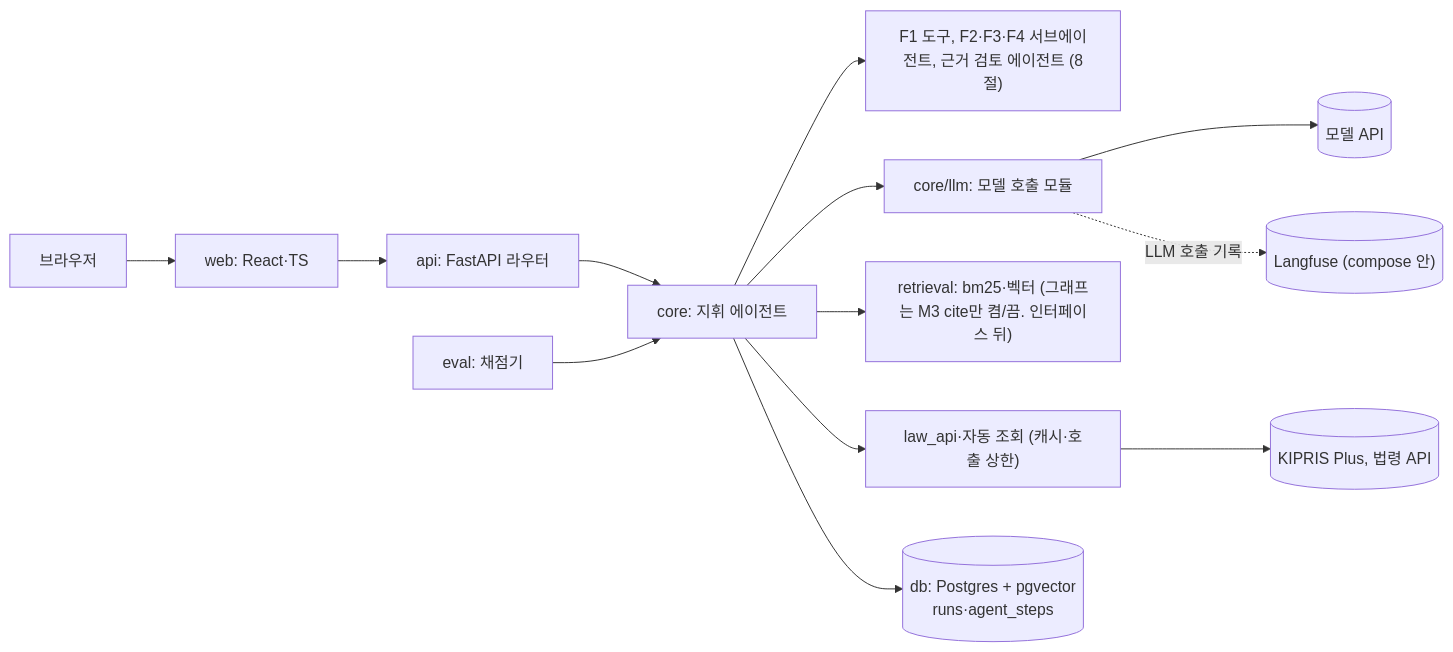
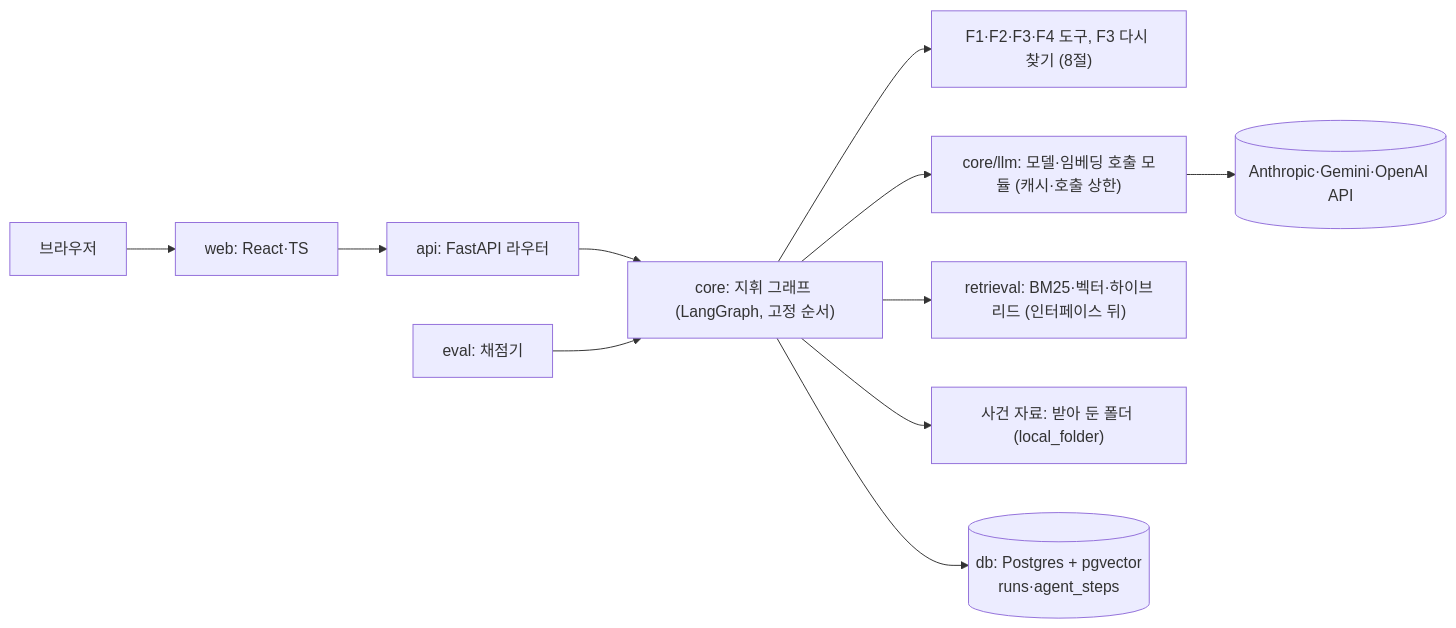
One commit to merge-mates/patent-ai-workspace changed the first of 2 diagrams in docs/architecture.md. Above: the diagram before and after it, drawn with Mermaid. The commit also changed other lines of this file and 1 other file, not shown here.

````diff
--- a/docs/architecture.md
+++ b/docs/architecture.md
@@ -6,13 +6,12 @@
 ```mermaid
 flowchart LR
   B[브라우저] --> W["web: React·TS"]
   W --> A["api: FastAPI 라우터"]
-  A --> O["core: 지휘 에이전트"]
-  O --> S["F1 도구, F2·F3·F4 서브에이전트, 근거 검토 에이전트 (8절)"]
-  O --> L["core/llm: 모델 호출 모듈"] --> M[(모델 API)]
-  O --> R["retrieval: bm25·벡터 (그래프는 M3 cite만 켬/끔. 인터페이스 뒤)"]
-  O --> X["law_api·자동 조회 (캐시·호출 상한)"] --> K[(KIPRIS Plus, 법령 API)]
+  A --> O["core: 지휘 그래프 (LangGraph, 고정 순서)"]
+  O --> S["F1·F2·F3·F4 도구, F3 다시 찾기 (8절)"]
+  O --> L["core/llm: 모델·임베딩 호출 모듈 (캐시·호출 상한)"] --> M[(Anthropic·Gemini·OpenAI API)]
+  O --> R["retrieval: BM25·벡터·하이브리드 (인터페이스 뒤)"]
+  O --> X["사건 자료: 받아 둔 폴더 (local_folder)"]
   O --> D[("db: Postgres + pgvector<br/>runs·agent_steps")]
-  L -.LLM 호출 기록.-> LF[("Langfuse (compose 안)")]
   E["eval: 채점기"] --> O
 ```
````
